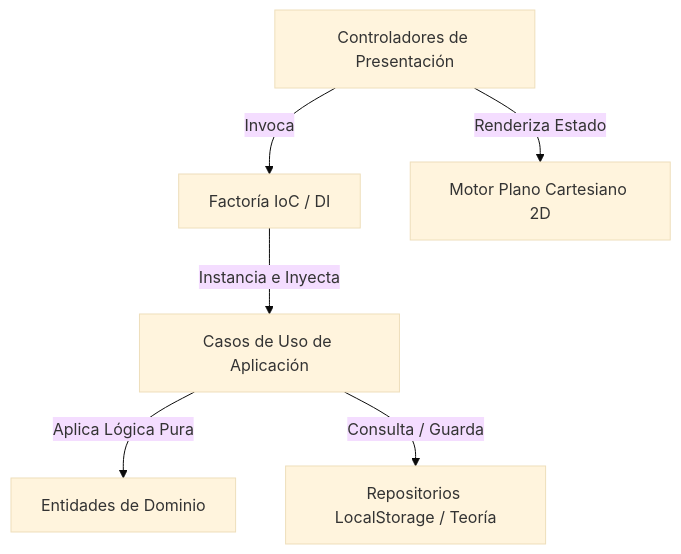
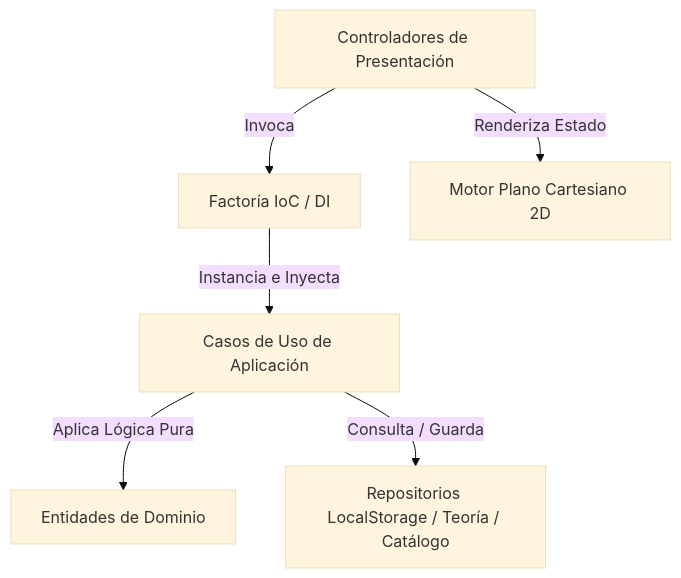
One commit to jucagolddev/CalculadoraVectores changed the diagram in README.md. Above: the diagram before and after it, drawn with Mermaid (base theme). The commit also changed other lines of this file and 12 other files, not shown here.

````diff
--- a/README.md
+++ b/README.md
@@ -118,8 +127,8 @@
 ```mermaid
 graph TD
     UI[Controladores de Presentación] -->|Invoca| DI[Factoría IoC / DI]
     DI -->|Instancia e Inyecta| UC[Casos de Uso de Aplicación]
     UC -->|Aplica Lógica Pura| DOM[Entidades de Dominio]
-    UC -->|Consulta / Guarda| REPO[Repositorios LocalStorage / Teoría]
+    UC -->|Consulta / Guarda| REPO[Repositorios LocalStorage / Teoría / Catálogo]
     UI -->|Renderiza Estado| CANVAS[Motor Plano Cartesiano 2D]
 ```
````
